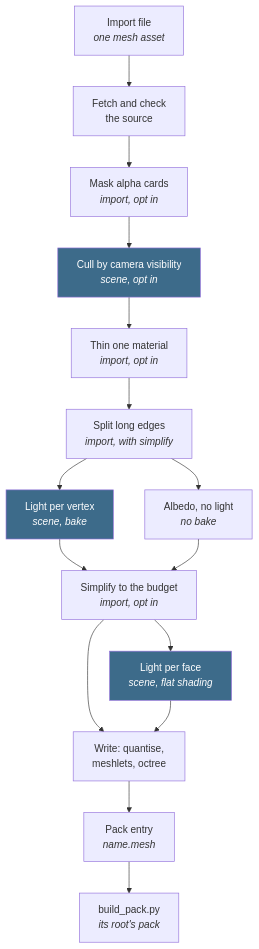
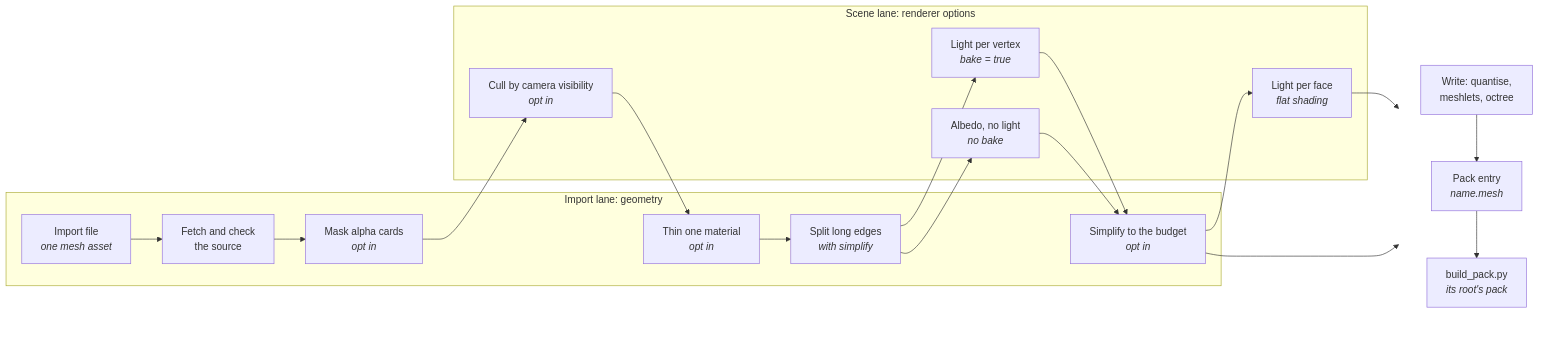
Before and after one commit to jose-villegas/autana: the first of 3 diagrams in docs/render/Mesh-Import.md, drawn with Mermaid.

Commit message:
docs: keep the Mesh-Import diagram as it was, stack only write, pack entry and build_pack

````diff
--- a/docs/render/Mesh-Import.md
+++ b/docs/render/Mesh-Import.md
@@ -8,19 +8,27 @@
 ```mermaid
-flowchart TB
+flowchart LR
+    subgraph Import_lane["Import lane: geometry"]
     Import["Import file<br/><i>one mesh asset</i>"] --> Fetch["Fetch and check<br/>the source"]
-    Fetch --> Mask["Mask alpha cards<br/><i>import, opt in</i>"]
-    Mask --> Vis["Cull by camera visibility<br/><i>scene, opt in</i>"]
-    Vis --> Thin["Thin one material<br/><i>import, opt in</i>"]
-    Thin --> Dense["Split long edges<br/><i>import, with simplify</i>"]
-    Dense --> Lit["Light per vertex<br/><i>scene, bake</i>"]
-    Dense --> Albedo["Albedo, no light<br/><i>no bake</i>"]
-    Lit --> Simp["Simplify to the budget<br/><i>import, opt in</i>"]
-    Albedo --> Simp
-    Simp --> Face["Light per face<br/><i>scene, flat shading</i>"]
-    Simp --> Write["Write: quantise,<br/>meshlets, octree"]
-    Face --> Write
-    Write --> Entry["Pack entry<br/><i>name.mesh</i>"]
+    Mask["Mask alpha cards<br/><i>opt in</i>"]
+    Thin["Thin one material<br/><i>opt in</i>"]
+    Dense["Split long edges<br/><i>with simplify</i>"]
+    Simp["Simplify to the budget<br/><i>opt in</i>"]
+    end
+    subgraph Scene_lane["Scene lane: renderer options"]
+    Vis["Cull by camera visibility<br/><i>opt in</i>"]
+    Lit["Light per vertex<br/><i>bake = true</i>"]
+    Albedo["Albedo, no light<br/><i>no bake</i>"]
+    Face["Light per face<br/><i>flat shading</i>"]
+    end
+    Fetch --> Mask --> Vis --> Thin --> Dense
+    Dense --> Lit --> Simp
+    Dense --> Albedo --> Simp
+    subgraph Out[" "]
+    direction TB
+    Write["Write: quantise,<br/>meshlets, octree"] --> Entry["Pack entry<br/><i>name.mesh</i>"]
     Entry --> Pack["build_pack.py<br/><i>its root's pack</i>"]
-    classDef scene fill:#3d6b8a,color:#fff
-    class Vis,Lit,Face scene
+    end
+    Simp --> Face --> Out
+    Simp --> Out
+    style Out fill:none,stroke:none
 ```
````
